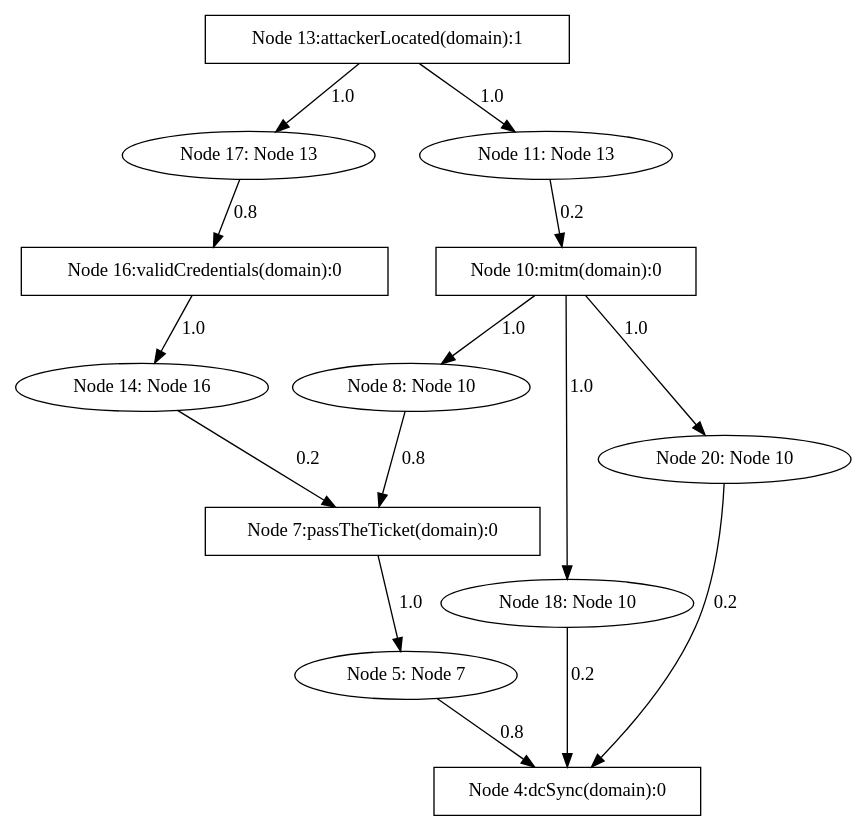
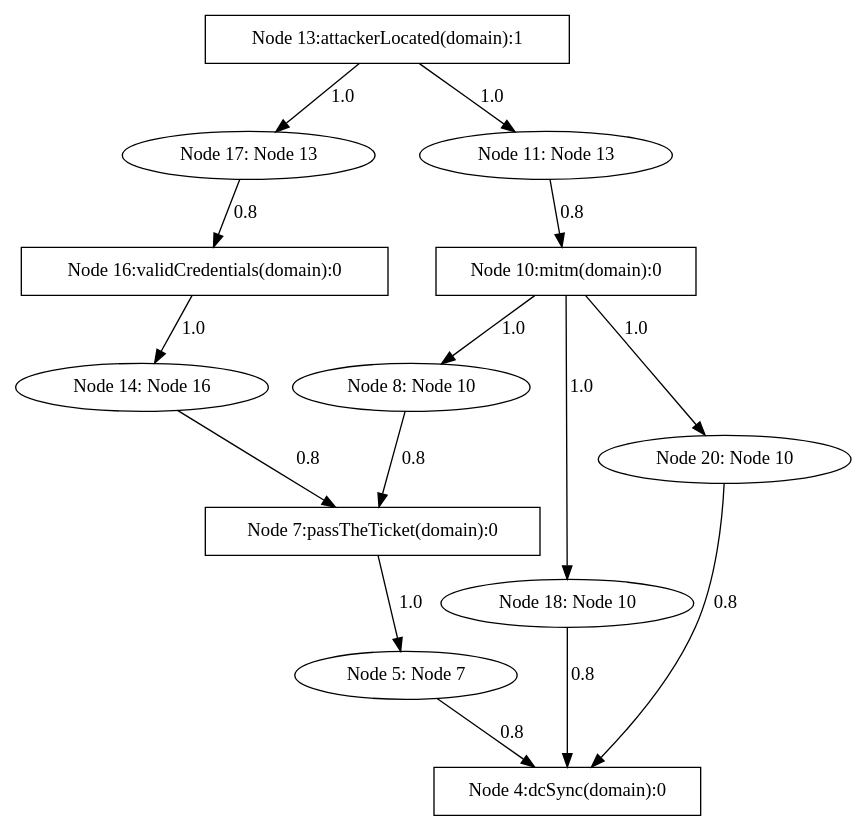
One commit to NathanaeldeLaChesnais/attacker_profiling_for_BAG_with_honeypots changed the diagram in Personnal_simulations/output_selection/attack_paths/BAG-to-4.dot. Above: the diagram before and after it, drawn with Graphviz. The commit also changed 30 other files, not shown here.

```diff
--- a/Personnal_simulations/output_selection/attack_paths/BAG-to-4.dot
+++ b/Personnal_simulations/output_selection/attack_paths/BAG-to-4.dot
@@ -1,28 +1,28 @@
 strict digraph G {
   1 [ label="Node 20: Node 10" shape="ellipse" nodeType="AND" probArray="1.0" ];
   2 [ label="Node 18: Node 10" shape="ellipse" nodeType="AND" probArray="1.0" ];
   3 [ label="Node 17: Node 13" shape="ellipse" nodeType="AND" probArray="1.0" ];
   4 [ label="Node 16:validCredentials(domain):0" shape="box" nodeType="OR" probArray="0.8" ];
   5 [ label="Node 14: Node 16" shape="ellipse" nodeType="AND" probArray="1.0" ];
   6 [ label="Node 13:attackerLocated(domain):1" shape="box" nodeType="AND" probArray="1.0" ];
   7 [ label="Node 11: Node 13" shape="ellipse" nodeType="AND" probArray="1.0" ];
-  8 [ label="Node 10:mitm(domain):0" shape="box" nodeType="OR" probArray="0.2" ];
+  8 [ label="Node 10:mitm(domain):0" shape="box" nodeType="OR" probArray="0.8" ];
   9 [ label="Node 8: Node 10" shape="ellipse" nodeType="AND" probArray="1.0" ];
-  10 [ label="Node 7:passTheTicket(domain):0" shape="box" nodeType="OR" probArray="0.8 0.2" ];
+  10 [ label="Node 7:passTheTicket(domain):0" shape="box" nodeType="OR" probArray="0.8 0.8" ];
   11 [ label="Node 5: Node 7" shape="ellipse" nodeType="AND" probArray="1.0" ];
-  12 [ label="Node 4:dcSync(domain):0" shape="box" nodeType="OR" probArray="0.8 0.2 0.2" ];
+  12 [ label="Node 4:dcSync(domain):0" shape="box" nodeType="OR" probArray="0.8 0.8 0.8" ];
   11 -> 12 [ label="0.8" color="black" ];
   10 -> 11 [ label="1.0" color="black" ];
   9 -> 10 [ label="0.8" color="black" ];
   8 -> 9 [ label="1.0" color="black" ];
   8 -> 2 [ label="1.0" color="black" ];
   8 -> 1 [ label="1.0" color="black" ];
-  7 -> 8 [ label="0.2" color="black" ];
+  7 -> 8 [ label="0.8" color="black" ];
   6 -> 7 [ label="1.0" color="black" ];
   6 -> 3 [ label="1.0" color="black" ];
-  5 -> 10 [ label="0.2" color="black" ];
+  5 -> 10 [ label="0.8" color="black" ];
   4 -> 5 [ label="1.0" color="black" ];
   3 -> 4 [ label="0.8" color="black" ];
-  2 -> 12 [ label="0.2" color="black" ];
-  1 -> 12 [ label="0.2" color="black" ];
+  2 -> 12 [ label="0.8" color="black" ];
+  1 -> 12 [ label="0.8" color="black" ];
 }
```
